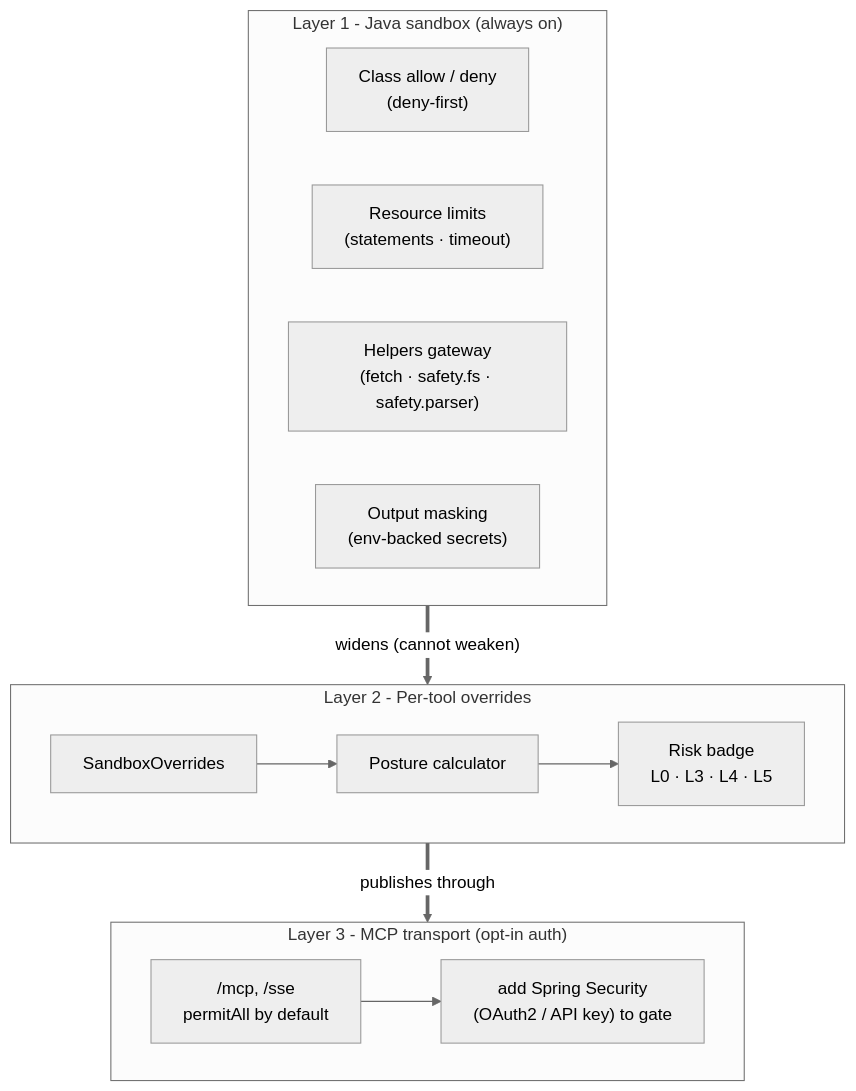
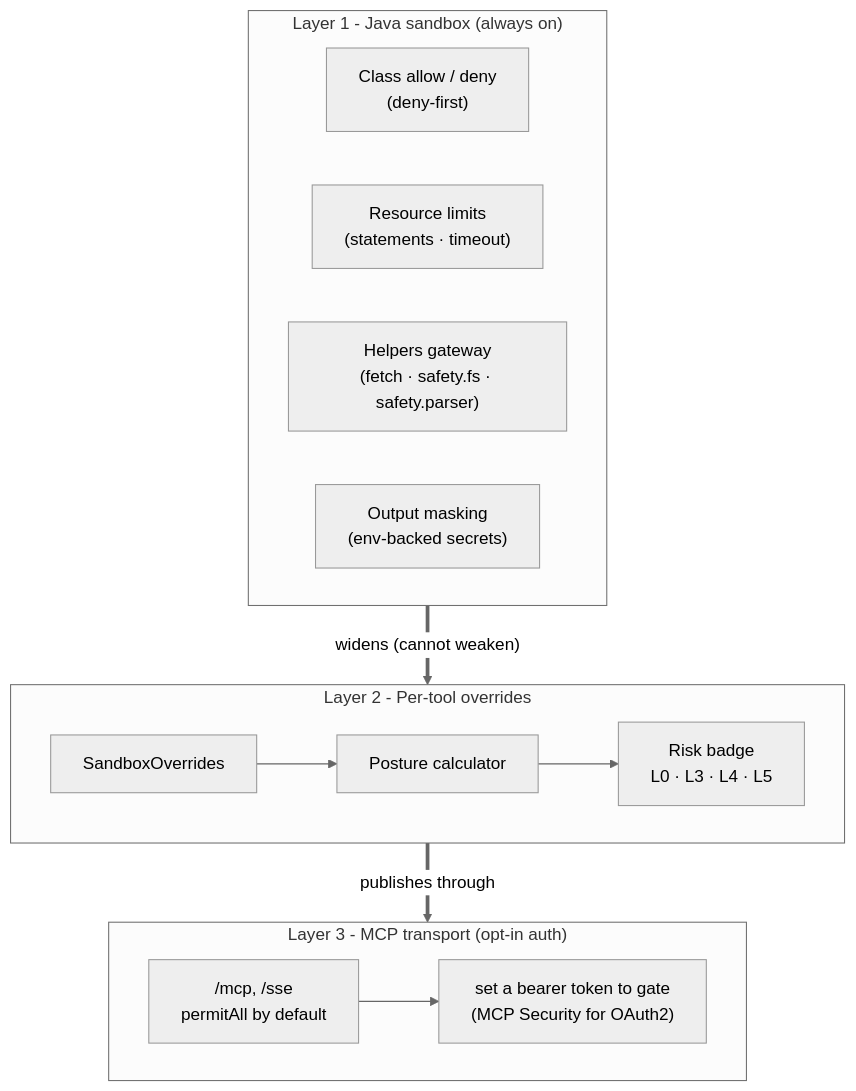
One commit to spring-ai-community/spring-ai-playground changed the second of 7 diagrams in docs/safety-architecture.md. Above: the diagram before and after it, drawn with Mermaid (neutral theme). The commit also changed 3 other files, not shown here.

````diff
--- a/docs/safety-architecture.md
+++ b/docs/safety-architecture.md
@@ -59,17 +59,17 @@
 ```mermaid
 flowchart TB
     subgraph L1["Layer 1 - Java sandbox (always on)"]
         A1["Class allow / deny<br/>(deny-first)"]
         A2["Resource limits<br/>(statements · timeout)"]
         A3["Helpers gateway<br/>(fetch · safety.fs · safety.parser)"]
         A4["Output masking<br/>(env-backed secrets)"]
     end
     subgraph L2["Layer 2 - Per-tool overrides"]
         B1["SandboxOverrides"] --> B2["Posture calculator"] --> B3["Risk badge<br/>L0 · L3 · L4 · L5"]
     end
     subgraph L3["Layer 3 - MCP transport (opt-in auth)"]
-        C1["/mcp, /sse<br/>permitAll by default"] --> C2["add Spring Security<br/>(OAuth2 / API key) to gate"]
+        C1["/mcp, /sse<br/>permitAll by default"] --> C2["set a bearer token to gate<br/>(MCP Security for OAuth2)"]
     end
     L1 == widens (cannot weaken) ==> L2
     L2 == publishes through ==> L3
 ```
````
